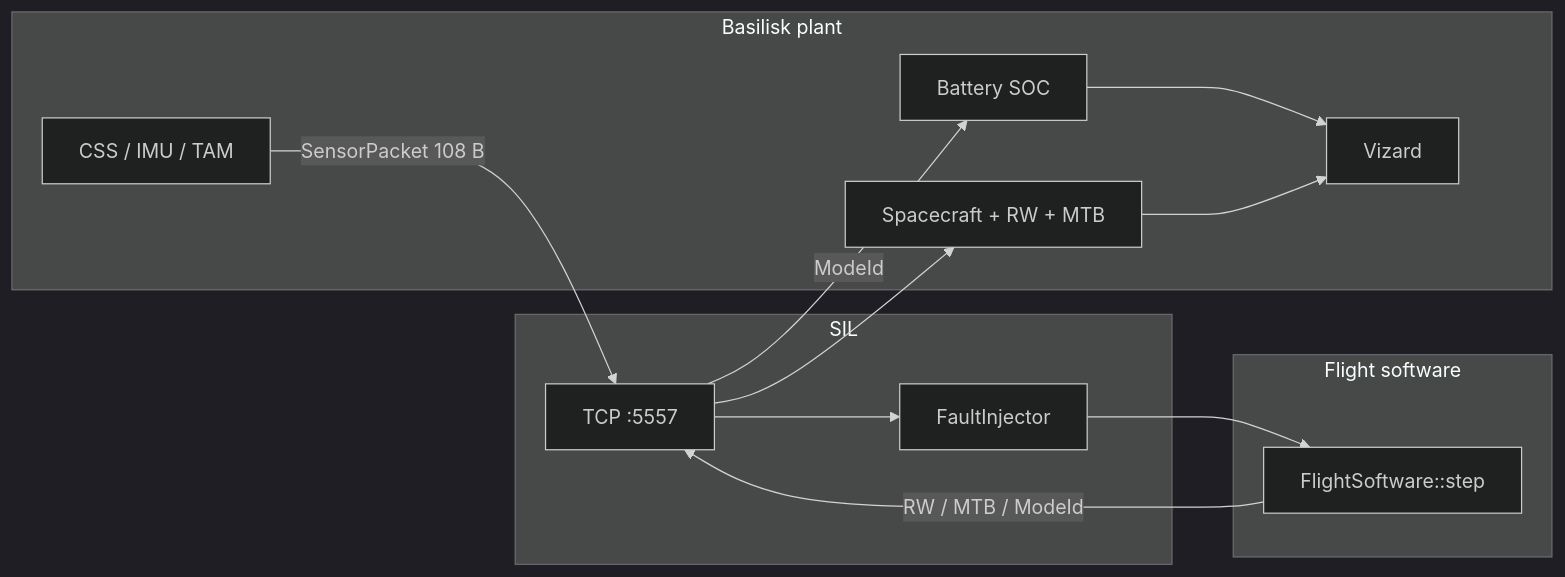
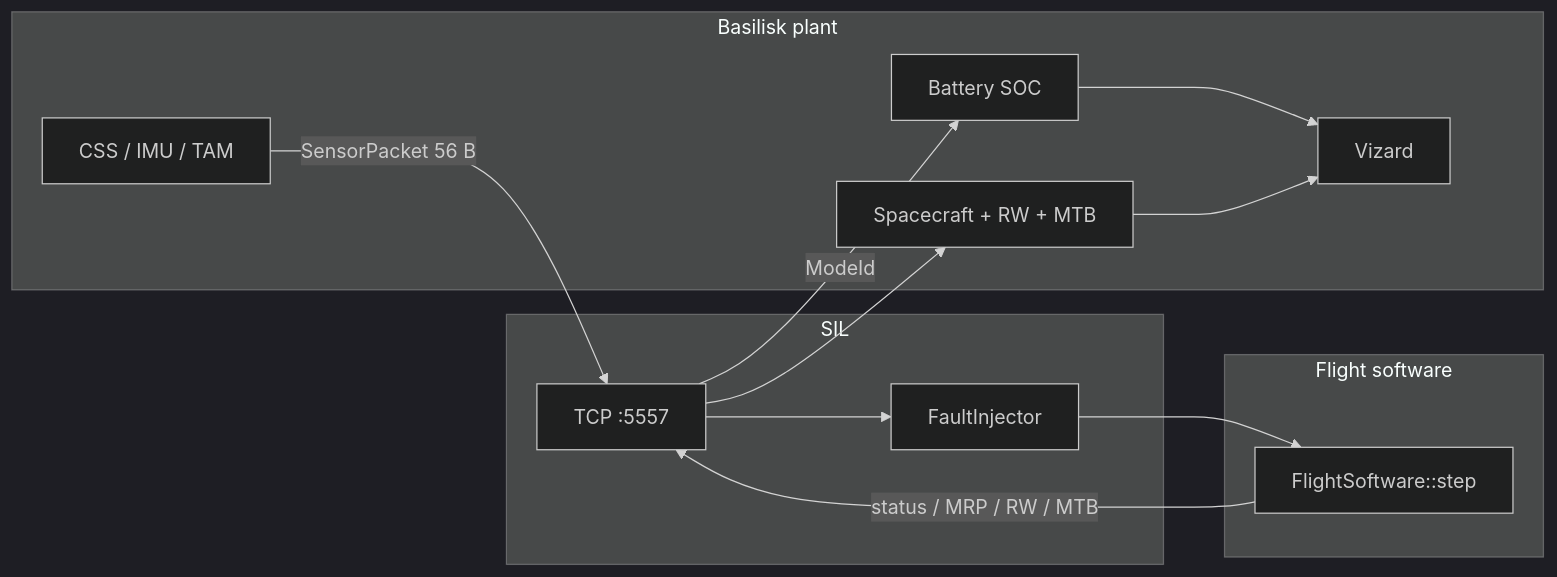
The third of 3 diagrams in README.md (niquimi/adcs-flight-software), drawn with Mermaid (dark theme) before and after one commit. The commit also changed other lines of this file and 14 other files, not shown here.

````diff
--- a/README.md
+++ b/README.md
@@ -110,22 +106,22 @@
 ```mermaid
 flowchart LR
     subgraph env [Basilisk plant]
         Sensors[CSS / IMU / TAM]
         Plant[Spacecraft + RW + MTB]
         SOC[Battery SOC]
         Viz[Vizard]
     end
     subgraph sil [SIL]
         TCP[TCP :5557]
         Inj[FaultInjector]
     end
     subgraph fsw [Flight software]
         Step["FlightSoftware::step"]
     end
-    Sensors -->|SensorPacket 108 B| TCP --> Inj --> Step
-    Step -->|RW / MTB / ModeId| TCP
+    Sensors -->|SensorPacket 56 B| TCP --> Inj --> Step
+    Step -->|status / MRP / RW / MTB| TCP
     TCP --> Plant
     TCP -->|ModeId| SOC
     SOC --> Viz
     Plant --> Viz
 ```
````
